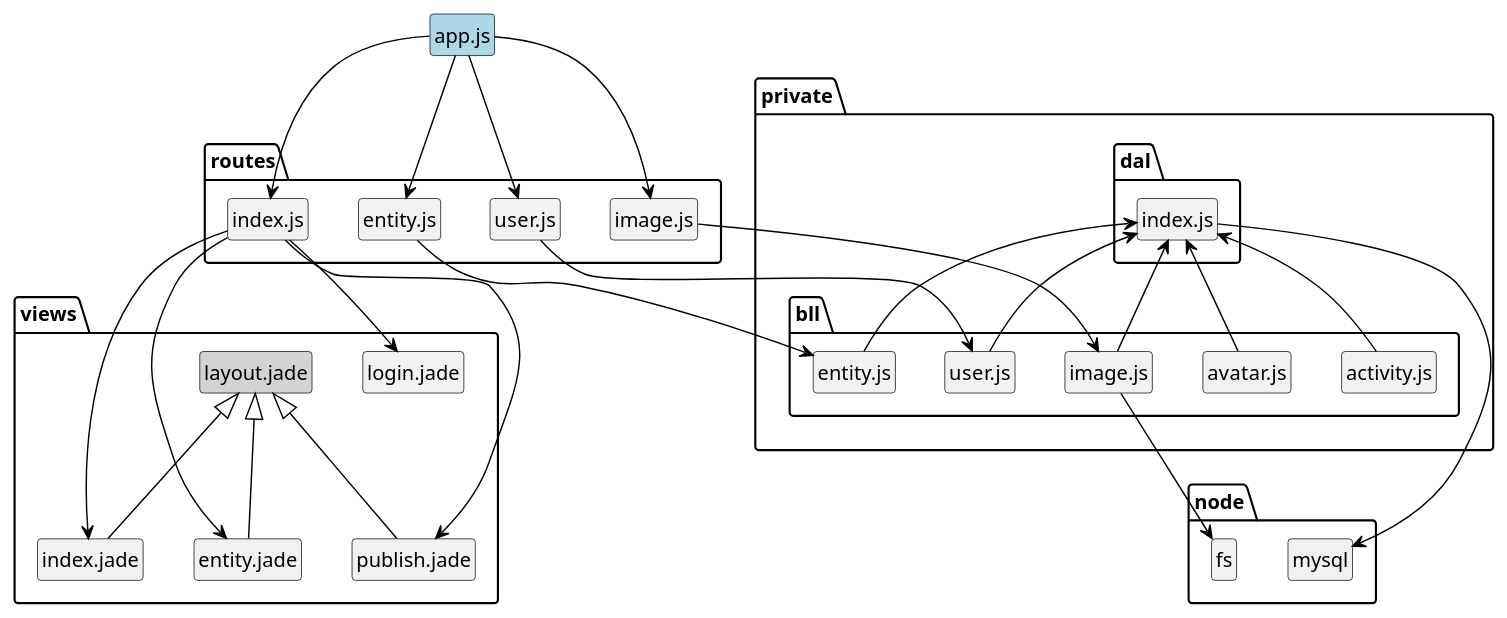
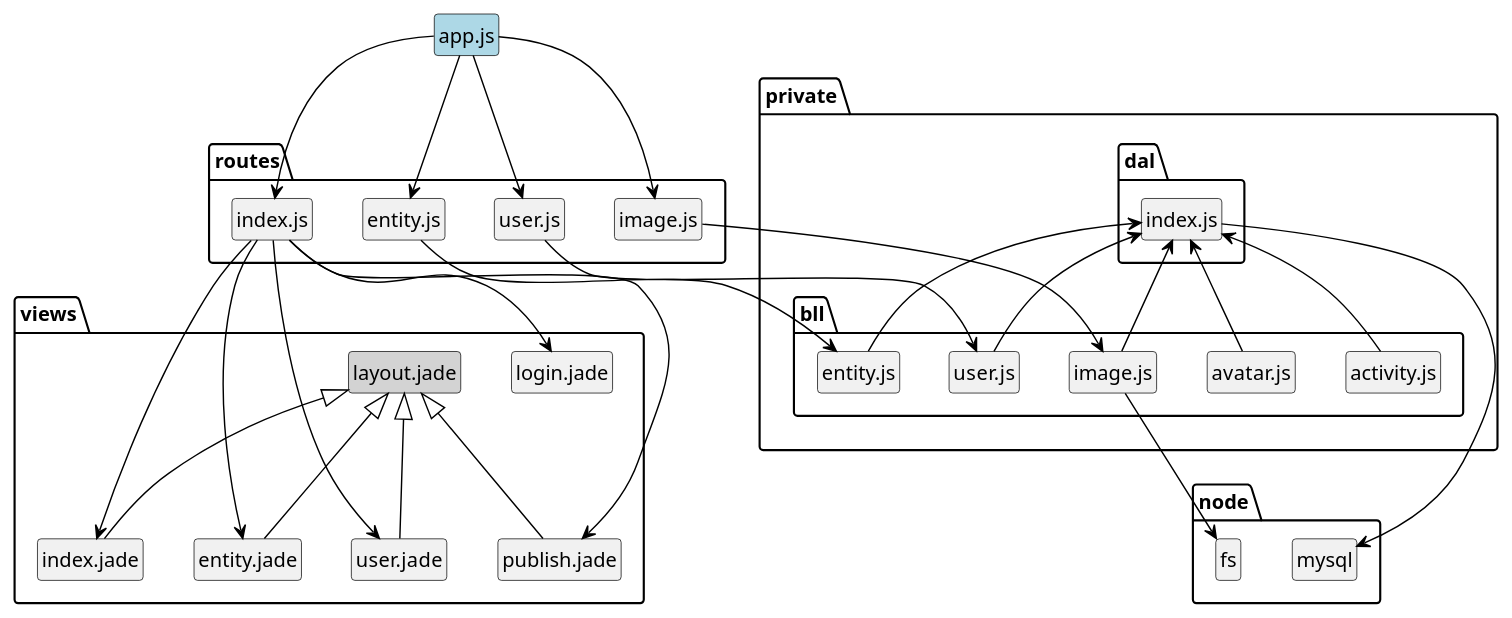
Before and after one commit to neo-nie/flea-market: the diagram in flea.puml, drawn with PlantUML. The commit also changed 2 other files, not shown here.

Commit message:
[ADD] 增加user.jade，更新flea.puml

```diff
--- a/flea.puml
+++ b/flea.puml
@@ -1,67 +1,70 @@
 @startuml
 
 'skinparam monochrome true
 'skinparam classBackgroundColor White
 skinparam classArrowColor Black
 skinparam classBorderColor Black
 skinparam stereotypeCBackgroundColor Gray
 hide members
 hide circle
 
 class app as "app.js" #LightBlue
 
 namespace routes {
     class index as "index.js"
     class user as "user.js"
     class entity as "entity.js"
     class image as "image.js"
 }
 
 namespace views {
     class index as "index.jade"
     class entity as "entity.jade"
+    class user as "user.jade"
     class login as "login.jade"
     class publish as "publish.jade"
     class layout as "layout.jade" #LightGray
     layout <|-- index
     layout <|-- entity
+    layout <|-- user
     layout <|-- publish
 }
 
 namespace private.bll {
     class entity as "entity.js"
     class user as "user.js"
     class image as "image.js"
     class avatar as "avatar.js"
     class activity as "activity.js"
 }
 
 namespace private.dal {
     class index as "index.js"
 }
 
 app --> routes.index
 app --> routes.entity
 app --> routes.user
 app --> routes.image
 
 routes.index --> views.index
 routes.index --> views.entity
+routes.index --> views.user
 routes.index --> views.publish
 routes.index --> views.login
 
 routes.user --> private.bll.user
 routes.entity --> private.bll.entity
 routes.image --> private.bll.image
 
 private.dal.index <-d- private.bll.user
 private.dal.index <-d- private.bll.entity
 private.dal.index <-d- private.bll.image
 private.dal.index <-d- private.bll.avatar
 private.dal.index <-d- private.bll.activity
 
 private.bll.image --> node.fs
 
 private.dal.index --> node.mysql
 
 @enduml
```
